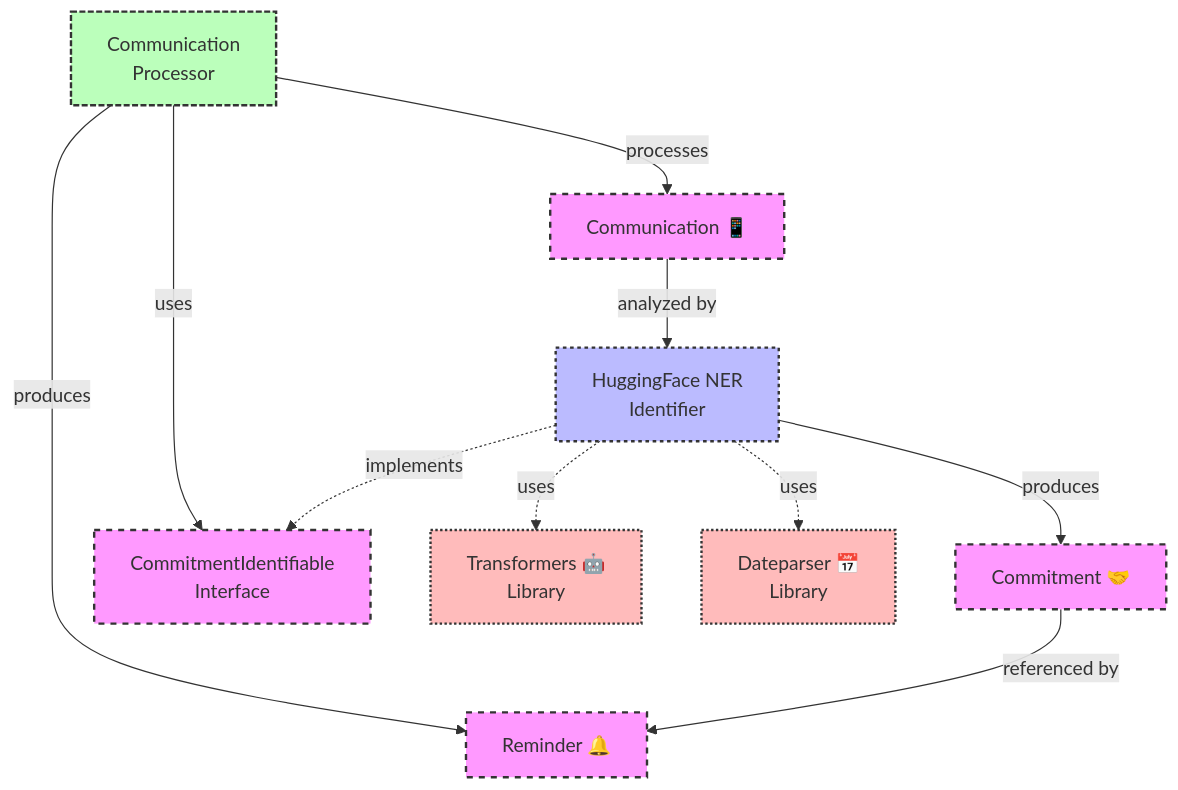
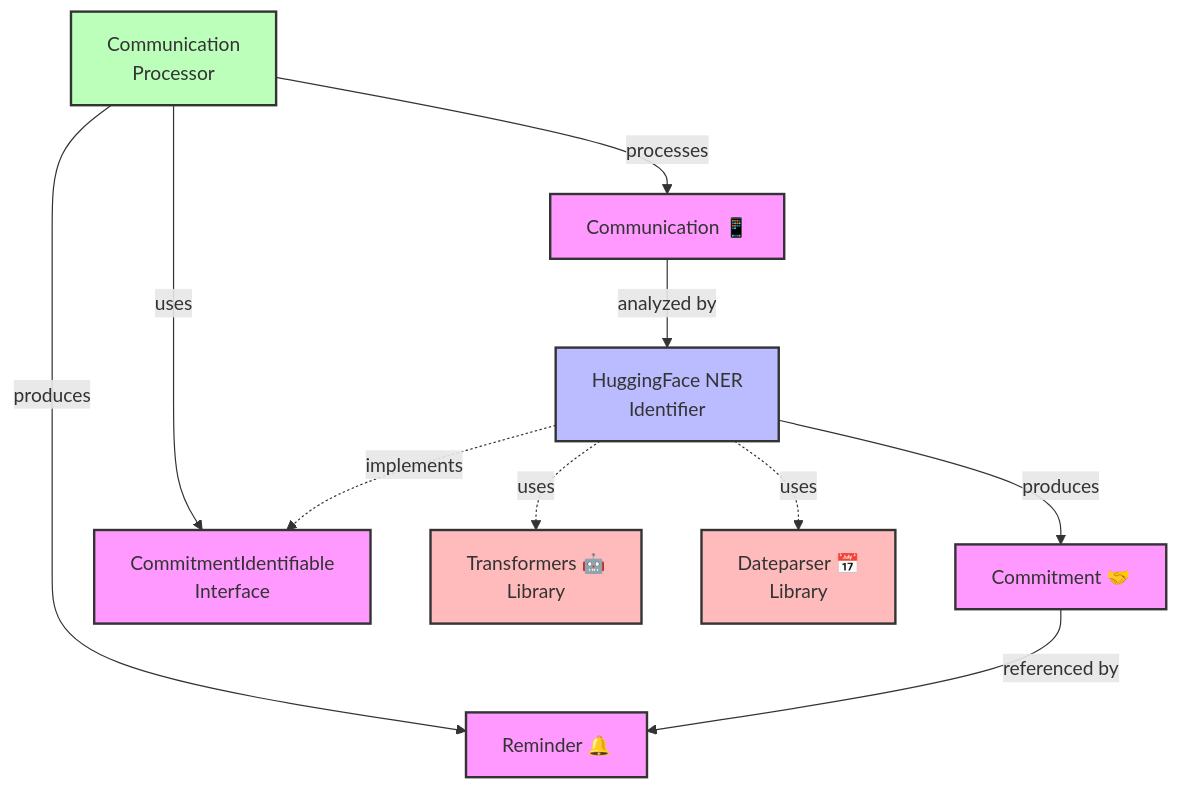
The diagram in README.md (IzzyFuller/AuDHD-LifeCoach), drawn with Mermaid before and after one commit.

Commit message:
still tweaking looks

````diff
--- a/README.md
+++ b/README.md
@@ -14,39 +14,37 @@
 ```mermaid
-%%{init: {"theme":"forest", "themeCSS": "g.classGroup rect { stroke-width: 2px; stroke-dasharray: 5; } .relations { stroke-width: 1.5px; stroke-dasharray: 5 5; } text { font-family: 'Comic Sans MS', cursive; font-size: 14px; } g.classGroup text { font-weight: normal; } .node rect { stroke-width: 2px; stroke-dasharray: 5; } .clusters rect { stroke-dasharray: 5; }", "flowchart": {"curve": "basis"}}}%%
-
 flowchart TD
-    %% Main components with XKCD style
+    %% Main components
     Communication["Communication 📱"]
     Commitment["Commitment 🤝"]
     Reminder["Reminder 🔔"]
     CommitmentID["CommitmentIdentifiable<br>Interface"]
     HuggingFaceID["HuggingFace NER<br>Identifier"]
     CommProcessor["Communication<br>Processor"]
     TransformersLib["Transformers 🤖<br>Library"]
     DateparserLib["Dateparser 📅<br>Library"]
     
-    %% Dependencies using XKCD style lines
+    %% Dependencies
     Communication -->|analyzed by| HuggingFaceID
     HuggingFaceID -->|produces| Commitment
     Commitment -->|referenced by| Reminder
     
     HuggingFaceID -.->|implements| CommitmentID
     CommProcessor -->|processes| Communication
     CommProcessor -->|uses| CommitmentID
     CommProcessor -->|produces| Reminder
     
     HuggingFaceID -.->|uses| TransformersLib
     HuggingFaceID -.->|uses| DateparserLib
     
     %% Styling
-    classDef core fill:#f9f,stroke:#333,stroke-width:2px,stroke-dasharray: 5 5;
-    classDef adapter fill:#bbf,stroke:#333,stroke-width:2px,stroke-dasharray: 3 3;
-    classDef service fill:#bfb,stroke:#333,stroke-width:2px,stroke-dasharray: 5 2;
-    classDef external fill:#fbb,stroke:#333,stroke-width:2px,stroke-dasharray: 2 2;
+    classDef core fill:#f9f,stroke:#333,stroke-width:2px;
+    classDef adapter fill:#bbf,stroke:#333,stroke-width:2px;
+    classDef service fill:#bfb,stroke:#333,stroke-width:2px;
+    classDef external fill:#fbb,stroke:#333,stroke-width:2px;
     
     %% Apply styles
     class Communication,Commitment,Reminder,CommitmentID core;
     class HuggingFaceID adapter;
     class CommProcessor service;
     class TransformersLib,DateparserLib external;
 ```
````
